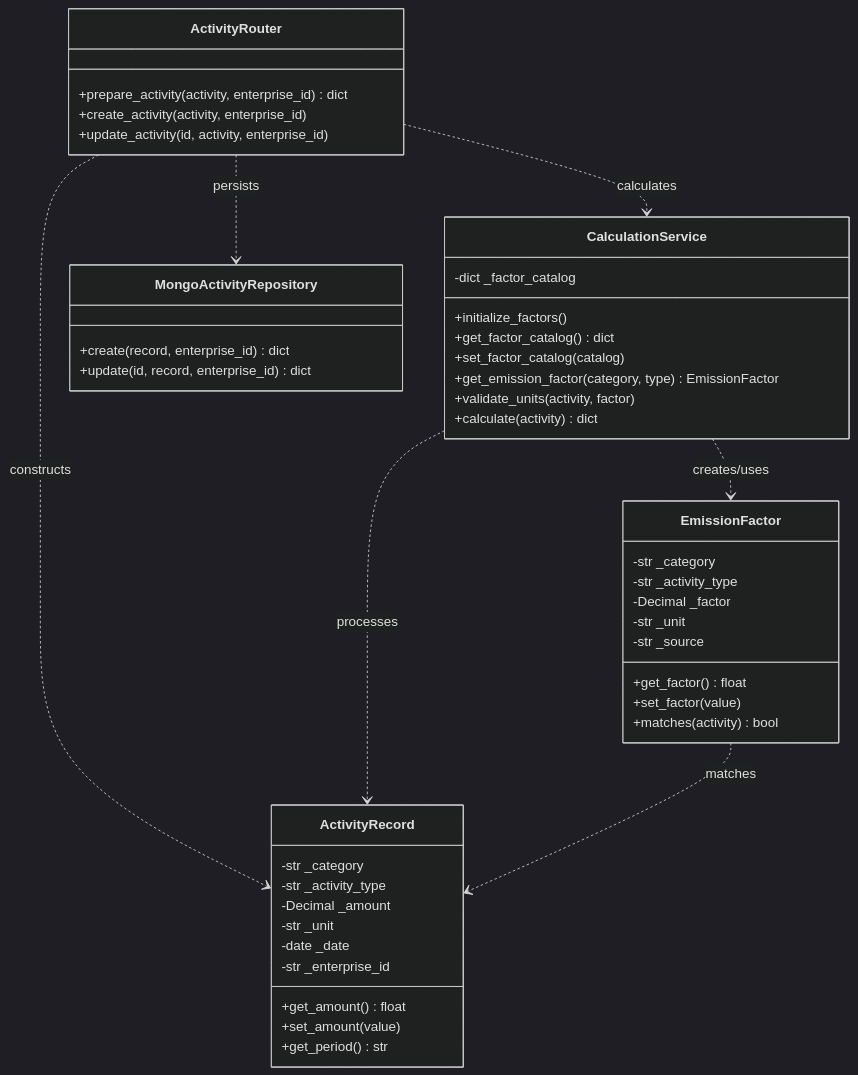
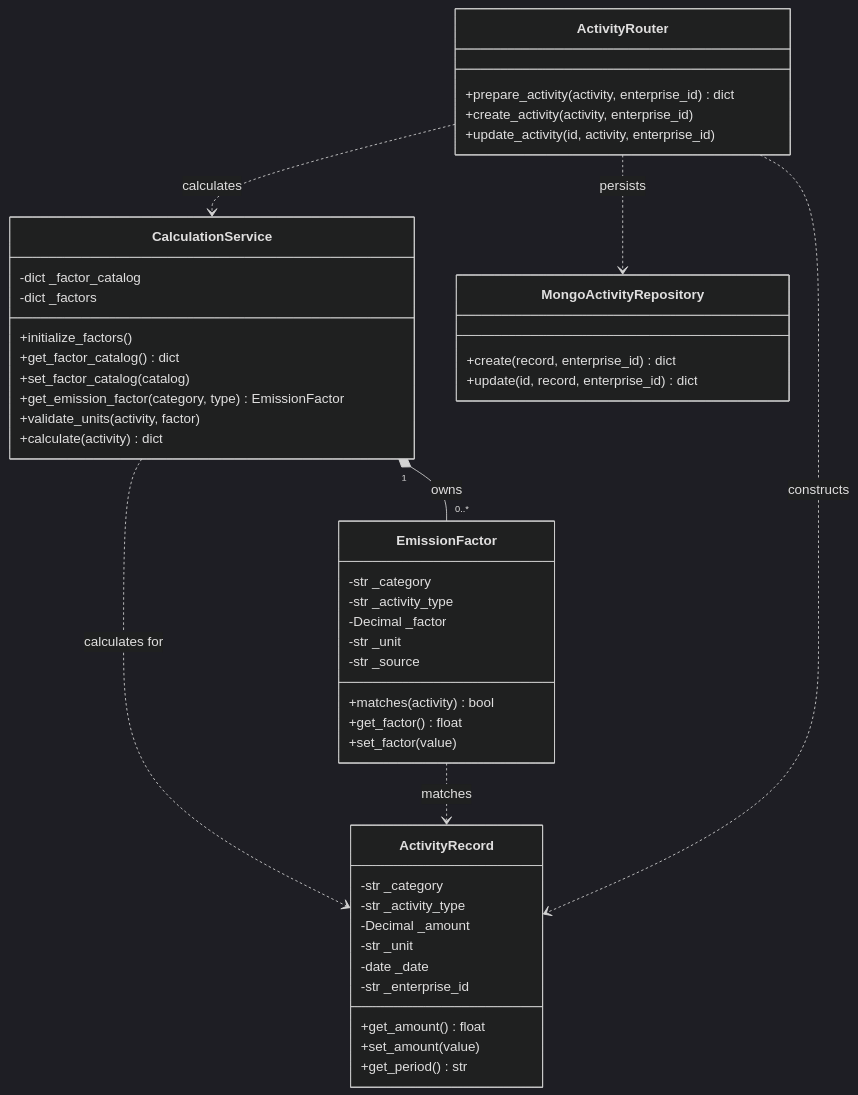
The diagram in docs/Hometask1-Subsystem2.md (oscar-byte15/Enterprise-carbon-tracker), drawn with Mermaid (dark theme) before and after one commit. The commit also changed other lines of this file, not shown here.

Commit message:
Explain composition cardinalities and why aggregation is not applicable

````diff
--- a/docs/Hometask1-Subsystem2.md
+++ b/docs/Hometask1-Subsystem2.md
@@ -18,48 +18,49 @@
 ```mermaid
 classDiagram
     class ActivityRecord {
-      -str _category
-      -str _activity_type
-      -Decimal _amount
-      -str _unit
-      -date _date
-      -str _enterprise_id
-      +get_amount() float
-      +set_amount(value)
-      +get_period() str
+        -str _category
+        -str _activity_type
+        -Decimal _amount
+        -str _unit
+        -date _date
+        -str _enterprise_id
+        +get_amount() float
+        +set_amount(value)
+        +get_period() str
     }
     class EmissionFactor {
-      -str _category
-      -str _activity_type
-      -Decimal _factor
-      -str _unit
-      -str _source
-      +get_factor() float
-      +set_factor(value)
-      +matches(activity) bool
+        -str _category
+        -str _activity_type
+        -Decimal _factor
+        -str _unit
+        -str _source
+        +matches(activity) bool
+        +get_factor() float
+        +set_factor(value)
     }
     class CalculationService {
-      -dict _factor_catalog
-      +initialize_factors()
-      +get_factor_catalog() dict
-      +set_factor_catalog(catalog)
-      +get_emission_factor(category, type) EmissionFactor
-      +validate_units(activity, factor)
-      +calculate(activity) dict
+        -dict _factor_catalog
+        -dict _factors
+        +initialize_factors()
+        +get_factor_catalog() dict
+        +set_factor_catalog(catalog)
+        +get_emission_factor(category, type) EmissionFactor
+        +validate_units(activity, factor)
+        +calculate(activity) dict
     }
+    CalculationService "1" *-- "0..*" EmissionFactor : owns
+    CalculationService ..> ActivityRecord : calculates for
+    EmissionFactor ..> ActivityRecord : matches
     class ActivityRouter {
-      +prepare_activity(activity, enterprise_id) dict
-      +create_activity(activity, enterprise_id)
-      +update_activity(id, activity, enterprise_id)
+        +prepare_activity(activity, enterprise_id) dict
+        +create_activity(activity, enterprise_id)
+        +update_activity(id, activity, enterprise_id)
     }
     class MongoActivityRepository {
-      +create(record, enterprise_id) dict
-      +update(id, record, enterprise_id) dict
+        +create(record, enterprise_id) dict
+        +update(id, record, enterprise_id) dict
     }
     ActivityRouter ..> ActivityRecord : constructs
     ActivityRouter ..> CalculationService : calculates
-    CalculationService ..> ActivityRecord : processes
-    CalculationService ..> EmissionFactor : creates/uses
-    EmissionFactor ..> ActivityRecord : matches
     ActivityRouter ..> MongoActivityRepository : persists
 ```
````
